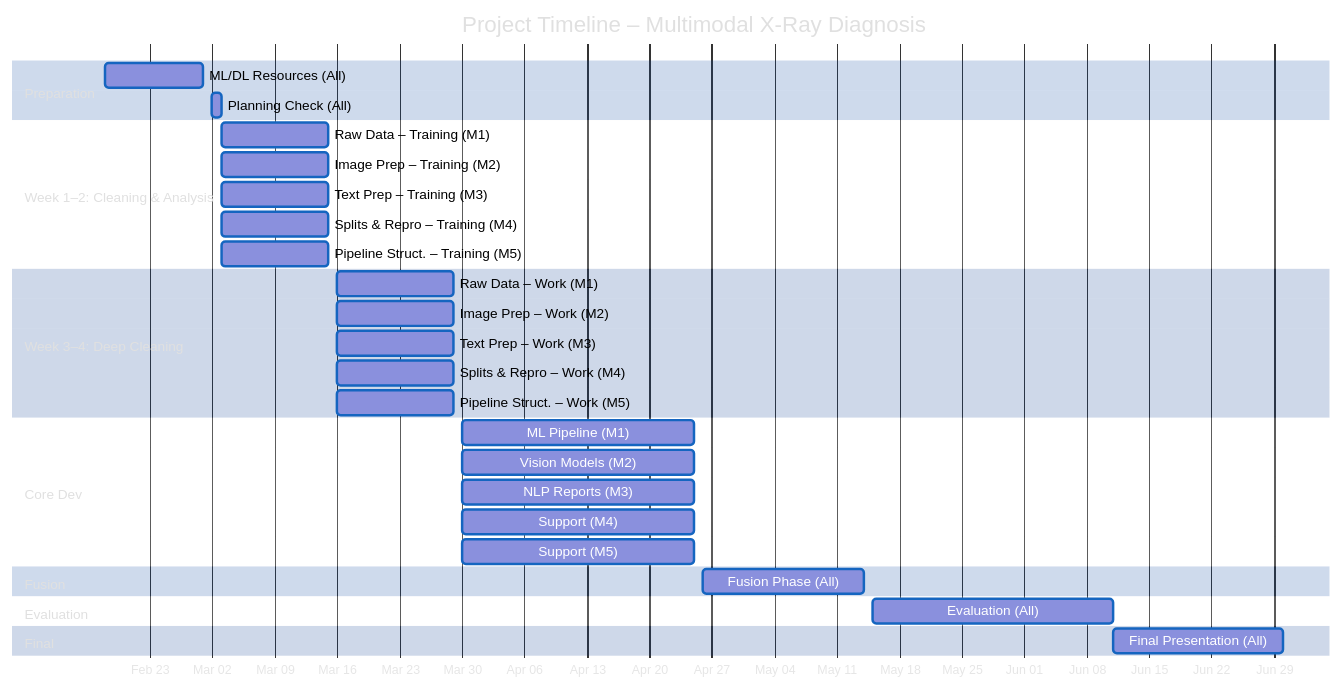
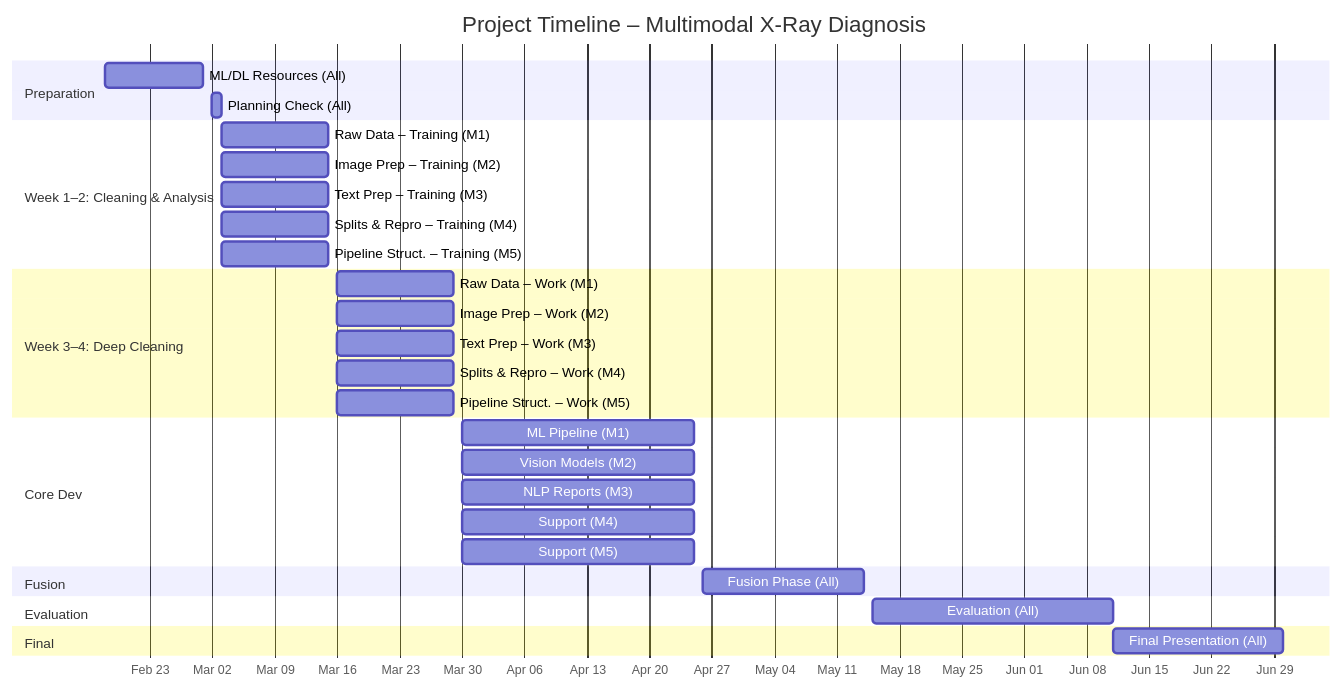
Before and after one commit to chaotiquetaurus/Open-i_chestxray_multimodal: the diagram in Diagramme_planning.md, drawn with Mermaid.

Commit message:
init part

````diff
--- a/Diagramme_planning.md
+++ b/Diagramme_planning.md
@@ -1,55 +1,41 @@
 ```mermaid
-%%{init: { 
-    "theme": "default",
-    "themeVariables": { 
-        "fontSize": "9px",
-        "fontFamily": "Inter",
-        "textColor": "#e0e0e0",
-        "taskTextColor": "#ffffff",
-        "taskColor": "#1e88e5",
-        "taskBorderColor": "#1565c0",
-        "lineColor": "#90caf9",
-        "sectionBkgColor": "#0d47a1",
-        "sectionBkgColor2": "#0a3d91"
-    }
-}}%%
 
 gantt
     title Project Timeline – Multimodal X‑Ray Diagnosis
     dateFormat  YYYY-MM-DD
     axisFormat  %b %d
 
     section Preparation
     ML/DL Resources (All)            :a1, 2025-02-18, 2025-03-01
     Planning Check (All)             :a2, 2025-03-02, 1d
 
     section Week 1–2: Cleaning & Analysis
     Raw Data – Training (M1)         :m1a, 2025-03-03, 2025-03-15
     Image Prep – Training (M2)       :m2a, 2025-03-03, 2025-03-15
     Text Prep – Training (M3)        :m3a, 2025-03-03, 2025-03-15
     Splits & Repro – Training (M4)   :m4a, 2025-03-03, 2025-03-15
     Pipeline Struct. – Training (M5) :m5a, 2025-03-03, 2025-03-15
 
     section Week 3–4: Deep Cleaning
     Raw Data – Work (M1)             :m1b, 2025-03-16, 2025-03-29
     Image Prep – Work (M2)           :m2b, 2025-03-16, 2025-03-29
     Text Prep – Work (M3)            :m3b, 2025-03-16, 2025-03-29
     Splits & Repro – Work (M4)       :m4b, 2025-03-16, 2025-03-29
     Pipeline Struct. – Work (M5)     :m5b, 2025-03-16, 2025-03-29
 
     section Core Dev
     ML Pipeline (M1)                 :m1c, 2025-03-30, 2025-04-25
     Vision Models (M2)               :m2c, 2025-03-30, 2025-04-25
     NLP Reports (M3)                 :m3c, 2025-03-30, 2025-04-25
     Support (M4)                     :m4c, 2025-03-30, 2025-04-25
     Support (M5)                     :m5c, 2025-03-30, 2025-04-25
 
     section Fusion
     Fusion Phase (All)               :fusion, 2025-04-26, 2025-05-14
 
     section Evaluation
     Evaluation (All)                 :eval, 2025-05-15, 2025-06-11
 
     section Final
     Final Presentation (All)         :present, 2025-06-11, 2025-06-30
 ```
````
